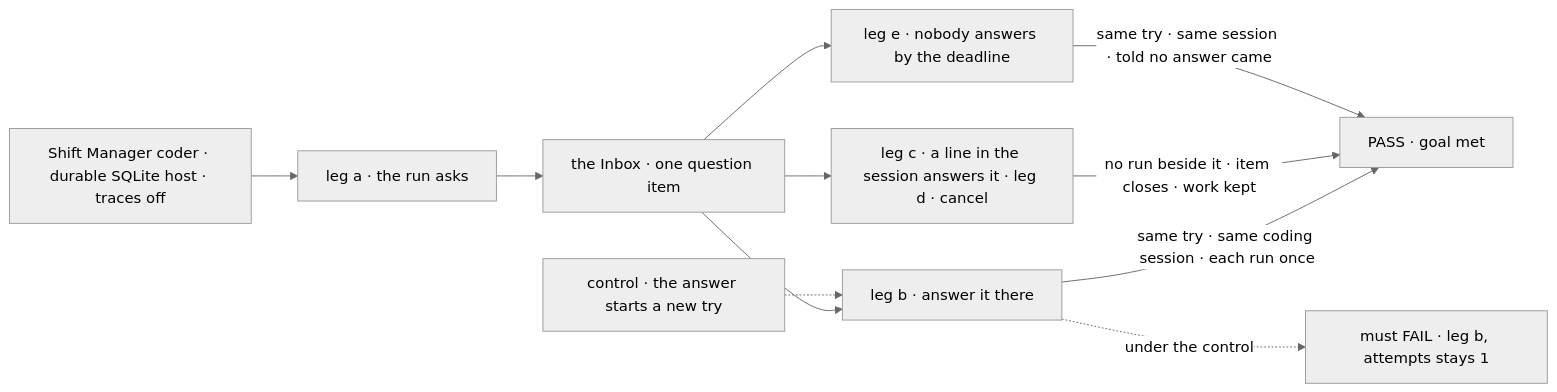
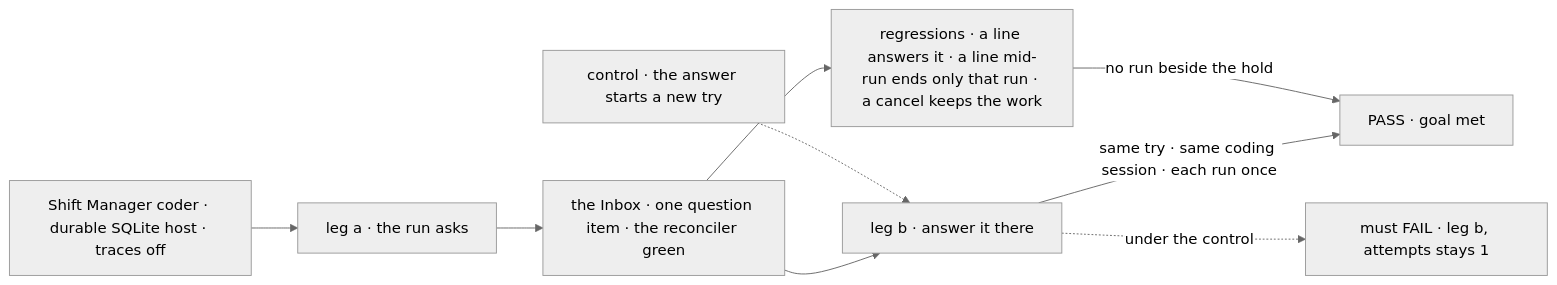
The first of 2 diagrams in specs/issues/FIX-2132/SPEC.md (fixpoint-labs/flow-state-dev), drawn with Mermaid (neutral theme) before and after one commit. The commit also changed other lines of this file and 21 other files, not shown here.

````diff
--- a/specs/issues/FIX-2132/SPEC.md
+++ b/specs/issues/FIX-2132/SPEC.md
@@ -30,13 +30,11 @@
 ```mermaid
 flowchart LR
   H["Shift Manager coder · durable SQLite host · traces off"] --> A["leg a · the run asks"]
-  A --> I["the Inbox · one question item"]
+  A --> I["the Inbox · one question item · the reconciler green"]
   I --> B["leg b · answer it there"]
-  I --> C["leg c · a line in the session answers it · leg d · cancel"]
-  I --> E["leg e · nobody answers by the deadline"]
+  I --> R["regressions · a line answers it · a line mid-run ends only that run · a cancel keeps the work"]
   B -->|"same try · same coding session · each run once"| P["PASS · goal met"]
-  C -->|"no run beside it · item closes · work kept"| P
-  E -->|"same try · same session · told no answer came"| P
+  R -->|"no run beside the hold"| P
   K["control · the answer starts a new try"] -.-> B
   B -.->|"under the control"| F["must FAIL · leg b, attempts stays 1"]
 ```
````
